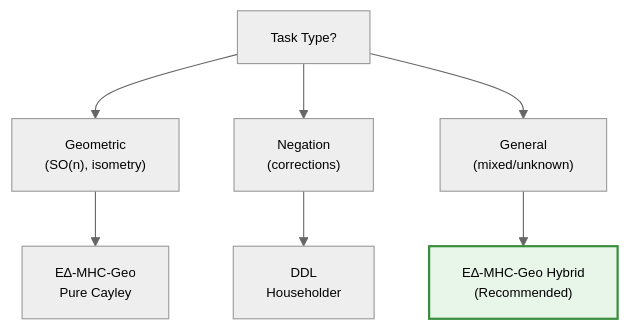
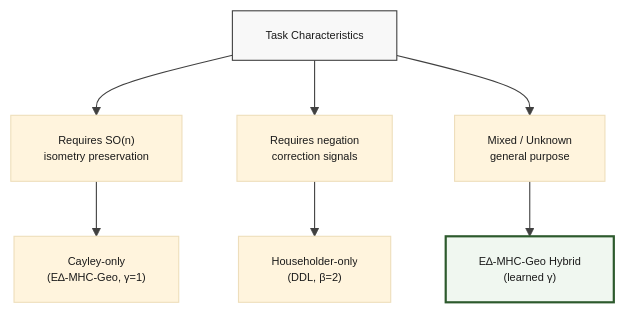
Before and after one commit to arash-shahmansoori/edelta: the seventh of 7 diagrams in docs/RESEARCH_V3.md, drawn with Mermaid. The commit also changed other lines of this file, not shown here.

First line of the commit message:
Revise all Mermaid diagrams to publication-quality standards

````diff
--- a/docs/RESEARCH_V3.md
+++ b/docs/RESEARCH_V3.md
@@ -1453,15 +1495,16 @@
 ```mermaid
-%%{init: {'theme': 'neutral', 'themeVariables': { 'fontSize': '12px'}}}%%
+%%{init: {'theme': 'base', 'themeVariables': { 'fontSize': '10px', 'fontFamily': 'Times New Roman, serif', 'primaryTextColor': '#1a1a1a', 'lineColor': '#404040'}}}%%
 flowchart TB
-    Q["Task Type?"]
+    Q["Task Characteristics"]
     
-    Q --> T1["Geometric<br/>(SO(n), isometry)"]
-    Q --> T2["Negation<br/>(corrections)"]
-    Q --> T3["General<br/>(mixed/unknown)"]
+    Q --> T1["Requires SO(n)<br/>isometry preservation"]
+    Q --> T2["Requires negation<br/>correction signals"]
+    Q --> T3["Mixed / Unknown<br/>general purpose"]
     
-    T1 --> A1["E∆-MHC-Geo<br/>Pure Cayley"]
-    T2 --> A2["DDL<br/>Householder"]
-    T3 --> A3["E∆-MHC-Geo Hybrid<br/>(Recommended)"]
+    T1 --> A1["Cayley-only<br/>(E∆-MHC-Geo, γ=1)"]
+    T2 --> A2["Householder-only<br/>(DDL, β=2)"]
+    T3 --> A3["E∆-MHC-Geo Hybrid<br/>(learned γ)"]
     
-    style A3 fill:#e8f5e9,stroke:#388e3c,stroke-width:2px
+    style Q fill:#f8f8f8,stroke:#404040,stroke-width:1px
+    style A3 fill:#f0f7f0,stroke:#2d5a2d,stroke-width:2px
 ```
````
